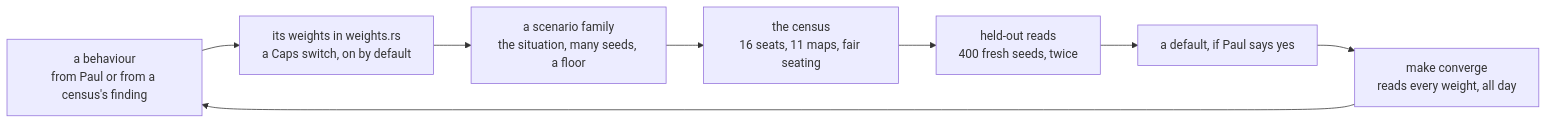
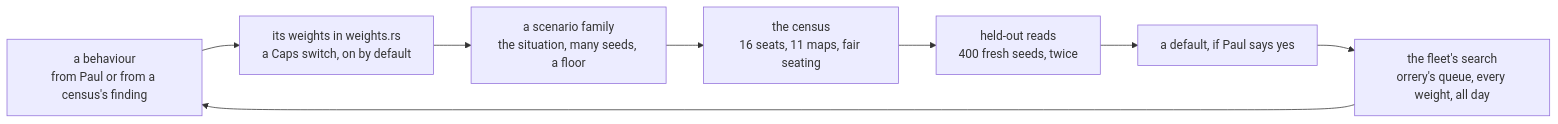
Before and after one commit to treadcore/treadcore: the second of 2 diagrams in documentation/PROCESS.md, drawn with Mermaid. The commit also changed other lines of this file and 16 other files, not shown here.

````diff
--- a/documentation/PROCESS.md
+++ b/documentation/PROCESS.md
@@ -115,10 +115,10 @@
 ```mermaid
 flowchart LR
     IDEA[a behaviour<br/>from Paul or from a census's finding] --> W[its weights in weights.rs<br/>a Caps switch, on by default]
     W --> S[a scenario family<br/>the situation, many seeds, a floor]
     S --> C[the census<br/>16 seats, 11 maps, fair seating]
     C --> H[held-out reads<br/>400 fresh seeds, twice]
     H --> DEF[a default, if Paul says yes]
-    DEF --> RUN[make converge<br/>reads every weight, all day]
+    DEF --> RUN[the fleet's search<br/>orrery's queue, every weight, all day]
     RUN --> IDEA
 ```
````
